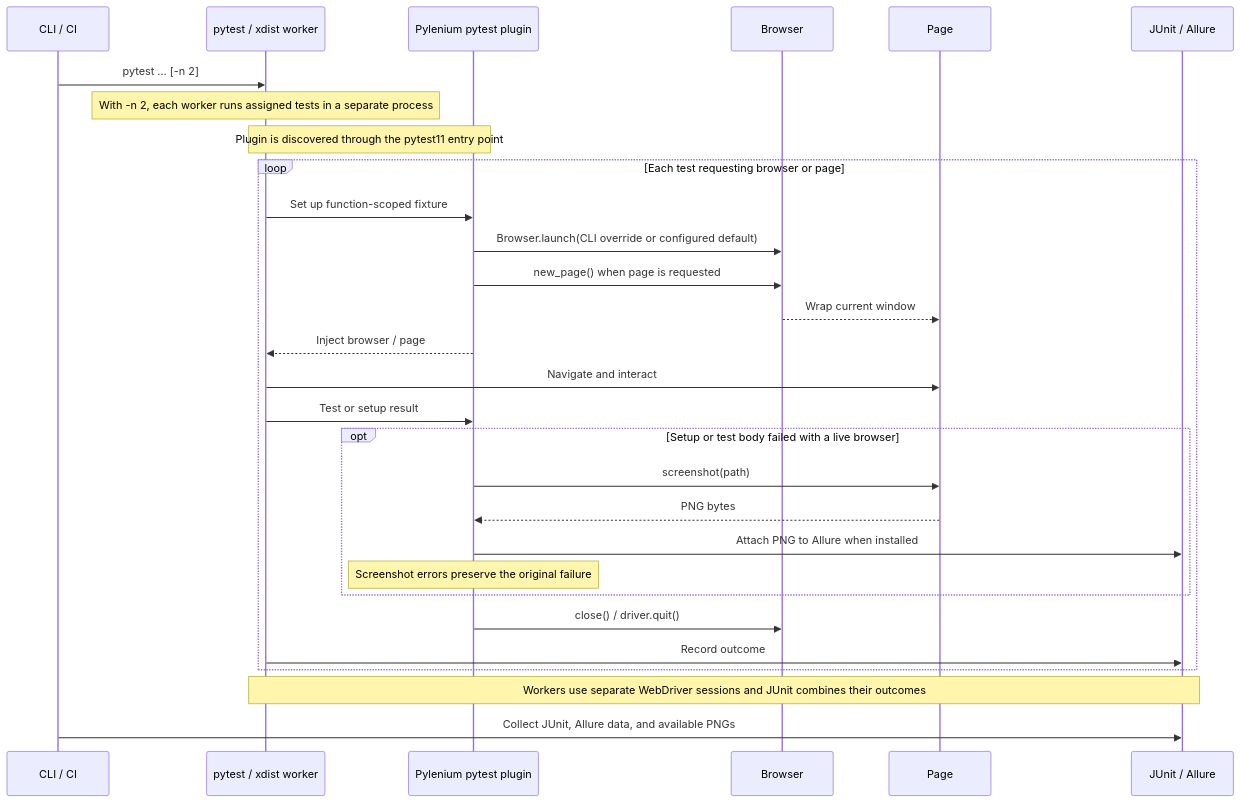
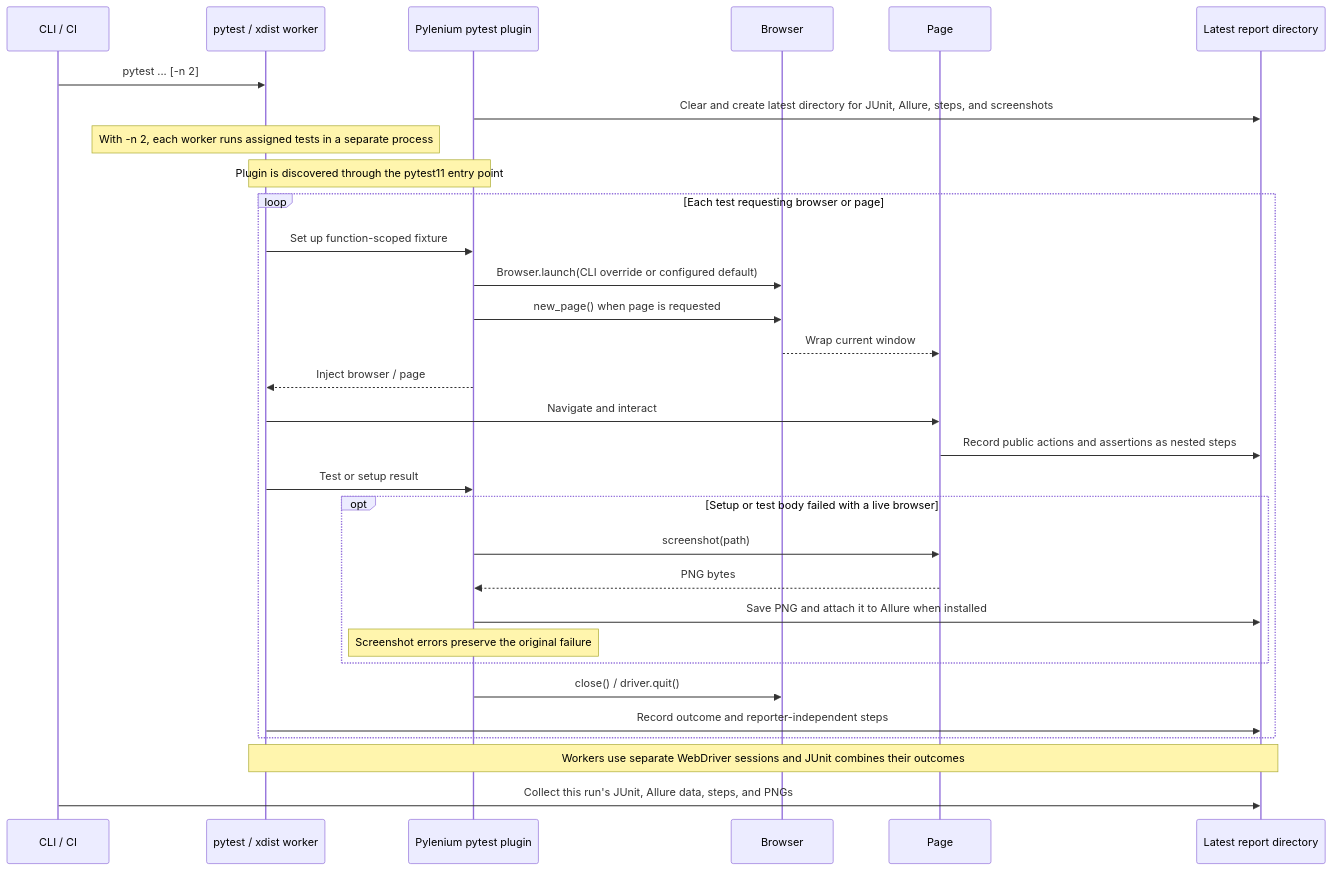
The diagram in diagram/lifecycle.md (AGDthuannguyen/Sele3-Aug2026), drawn with Mermaid before and after one commit. The commit also changed 16 other files, not shown here.

Commit message:
Optimize 3: Add reusable reporting steps and latest reports

````diff
--- a/diagram/lifecycle.md
+++ b/diagram/lifecycle.md
@@ -3,36 +3,38 @@
 ```mermaid
 sequenceDiagram
     participant Runner as CLI / CI
     participant Pytest as pytest / xdist worker
     participant Plugin as Pylenium pytest plugin
     participant Browser
     participant Page
-    participant Results as JUnit / Allure
+    participant Results as Latest report directory
 
     Runner->>Pytest: pytest ... [-n 2]
+    Plugin->>Results: Clear and create latest directory for JUnit, Allure, steps, and screenshots
     Note over Pytest: With -n 2, each worker runs assigned tests in a separate process
     Note over Pytest,Plugin: Plugin is discovered through the pytest11 entry point
 
     loop Each test requesting browser or page
         Pytest->>Plugin: Set up function-scoped fixture
         Plugin->>Browser: Browser.launch(CLI override or configured default)
         Plugin->>Browser: new_page() when page is requested
         Browser-->>Page: Wrap current window
         Plugin-->>Pytest: Inject browser / page
         Pytest->>Page: Navigate and interact
+        Page->>Results: Record public actions and assertions as nested steps
         Pytest->>Plugin: Test or setup result
 
         opt Setup or test body failed with a live browser
             Plugin->>Page: screenshot(path)
             Page-->>Plugin: PNG bytes
-            Plugin->>Results: Attach PNG to Allure when installed
+            Plugin->>Results: Save PNG and attach it to Allure when installed
             Note over Plugin: Screenshot errors preserve the original failure
         end
 
         Plugin->>Browser: close() / driver.quit()
-        Pytest->>Results: Record outcome
+        Pytest->>Results: Record outcome and reporter-independent steps
     end
 
     Note over Pytest,Results: Workers use separate WebDriver sessions and JUnit combines their outcomes
-    Runner->>Results: Collect JUnit, Allure data, and available PNGs
+    Runner->>Results: Collect this run's JUnit, Allure data, steps, and PNGs
 ```
````
